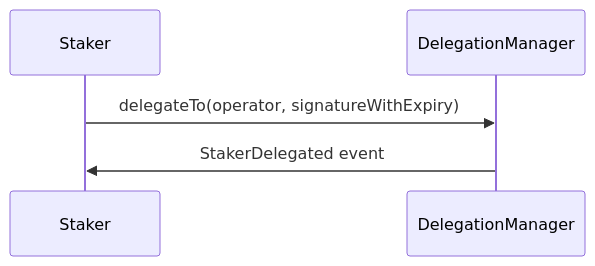
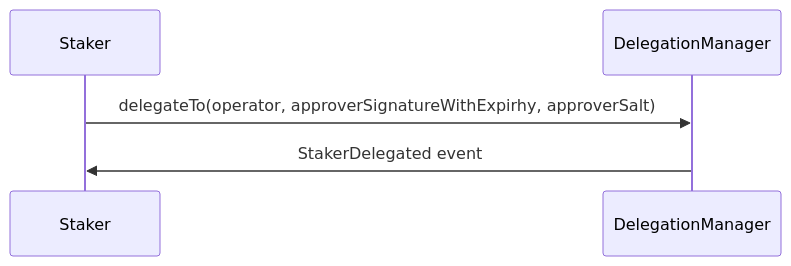
Before and after one commit to Layr-Labs/eigenlayer-contracts: the second of 3 diagrams in docs/EigenLayer-delegation-flow.md, drawn with Mermaid. The commit also changed other lines of this file, not shown here.

````diff
--- a/docs/EigenLayer-delegation-flow.md
+++ b/docs/EigenLayer-delegation-flow.md
@@ -35,7 +35,7 @@
 ```mermaid
 sequenceDiagram
 participant Staker as Staker
 participant DelegationManager as DelegationManager
-Staker->>DelegationManager: delegateTo(operator, signatureWithExpiry)
+Staker->>DelegationManager: delegateTo(operator, approverSignatureWithExpirhy, approverSalt)
 DelegationManager->>Staker: StakerDelegated event
 ```
````
